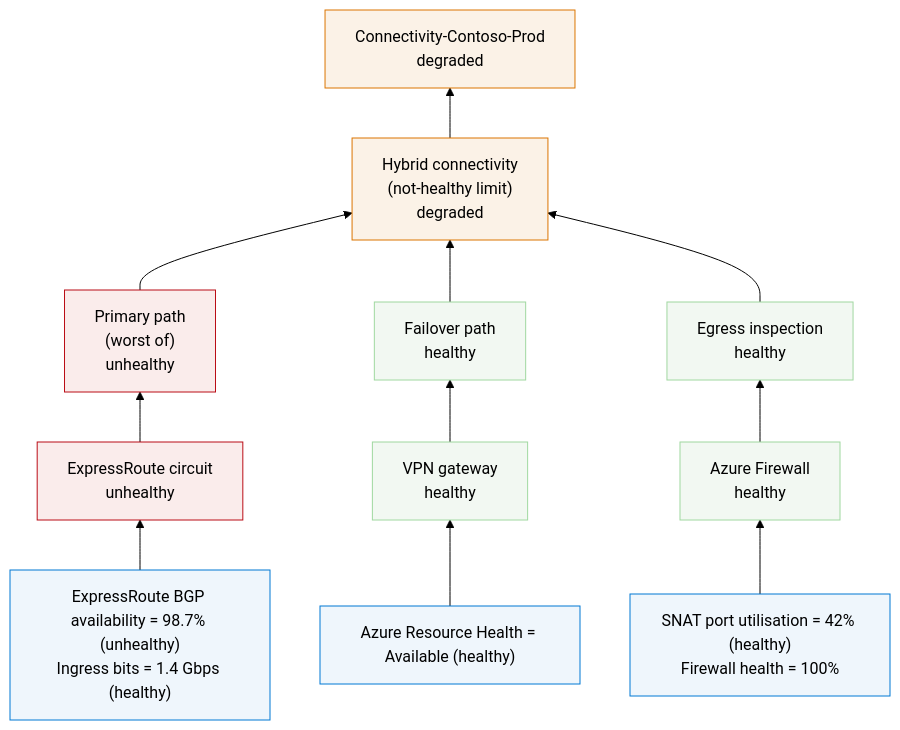
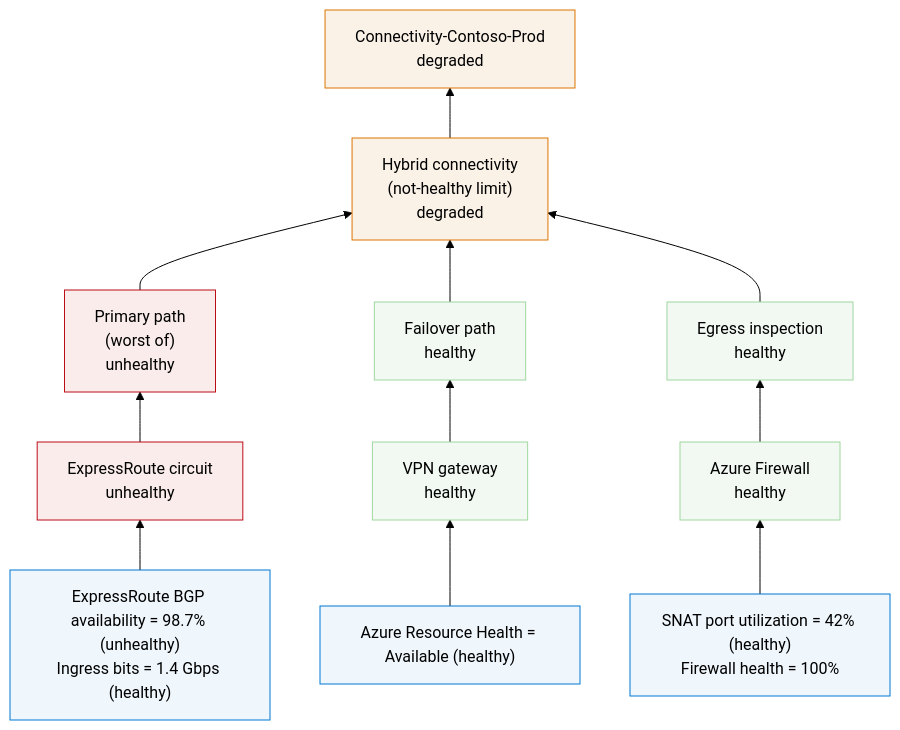
The fourth of 8 diagrams in docs/diagram-sources/health-models.md (abossard/azure-monitor-baseline-alerts), drawn with Mermaid (forest theme) before and after one commit. The commit also changed other lines of this file and 8 other files, not shown here.

````diff
--- a/docs/diagram-sources/health-models.md
+++ b/docs/diagram-sources/health-models.md
@@ -123,26 +129,26 @@
 ```mermaid swimlane title="Connectivity-Contoso-Prod" subtitle="The referenced model carries the entities and the signals"
 %%| lanes: ["Model root", "Flows", "System flows", "Azure resources and their signals"]
 flowchart BT
     erSig["ExpressRoute BGP availability = 98.7% (unhealthy)<br/>Ingress bits = 1.4 Gbps (healthy)"] --> er["ExpressRoute circuit<br/>unhealthy"]
     vpnSig["Azure Resource Health = Available (healthy)"] --> vpn["VPN gateway<br/>healthy"]
-    fwSig["SNAT port utilisation = 42% (healthy)<br/>Firewall health = 100%"] --> fw["Azure Firewall<br/>healthy"]
+    fwSig["SNAT port utilization = 42% (healthy)<br/>Firewall health = 100%"] --> fw["Azure Firewall<br/>healthy"]
 
     er --> primary["Primary path<br/>(worst of)<br/>unhealthy"]
     vpn --> backup["Failover path<br/>healthy"]
     fw --> egress["Egress inspection<br/>healthy"]
 
     primary --> flow["Hybrid connectivity<br/>(not-healthy limit)<br/>degraded"]
     backup --> flow
     egress --> flow
 
     flow --> root["Connectivity-Contoso-Prod<br/>degraded"]
 
     classDef blue fill:#eff6fc,stroke:#0078D4;
     classDef green fill:#f2f8f2,stroke:#a0d8a0;
     classDef amber fill:#fbf2e7,stroke:#db7500;
     classDef red fill:#faeceb,stroke:#ba0d16;
     class erSig,vpnSig,fwSig blue;
     class vpn,backup,fw,egress green;
     class flow,root amber;
     class er,primary red;
 ```
````
